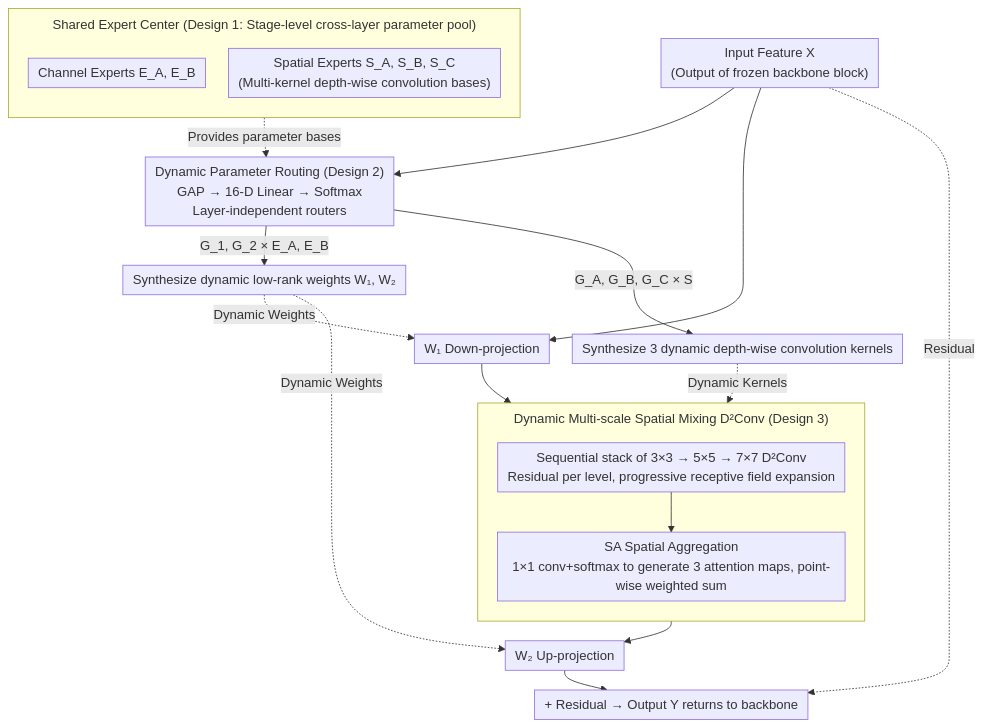
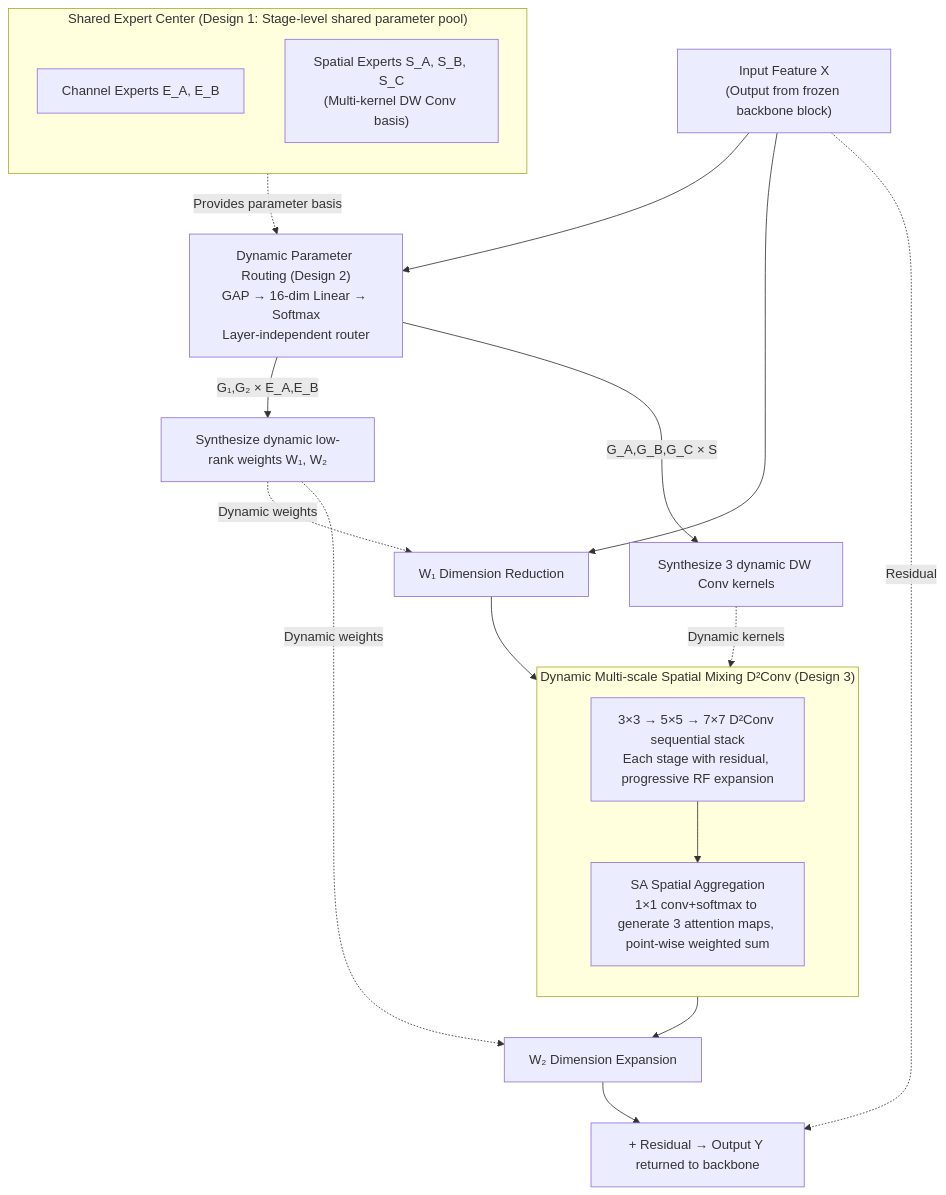
One commit to zhaoyang97/Paper-Notes-en changed the diagram in docs/ICML2026/model_compression/parameters_as_experts_adapting_vision_models_with_dynamic_parameter_routing.md. Above: the diagram before and after it, drawn with Mermaid. The commit also changed other lines of this file and 5084 other files, not shown here.

````diff
--- a/docs/ICML2026/model_compression/parameters_as_experts_adapting_vision_models_with_dynamic_parameter_routing.md
+++ b/docs/ICML2026/model_compression/parameters_as_experts_adapting_vision_models_with_dynamic_parameter_routing.md
@@ -48,35 +48,34 @@
 ```mermaid
-%%{init: {'flowchart': {'rankSpacing': 24, 'nodeSpacing': 28, 'padding': 6, 'wrappingWidth': 400, 'subGraphTitleMargin': {'top': 8, 'bottom': 16}}}}%%
-flowchart TD
-    X["Input Feature X<br/>(Output of frozen backbone block)"]
-    subgraph EC["Shared Expert Center (Design 1: Stage-level cross-layer parameter pool)"]
+graph TD
+    X["Input Feature X<br/>(Output from frozen backbone block)"]
+    subgraph EC["Shared Expert Center (Design 1: Stage-level shared parameter pool)"]
         direction TB
         E["Channel Experts E_A, E_B"]
-        S["Spatial Experts S_A, S_B, S_C<br/>(Multi-kernel depth-wise convolution bases)"]
+        S["Spatial Experts S_A, S_B, S_C<br/>(Multi-kernel DW Conv basis)"]
     end
-    R["Dynamic Parameter Routing (Design 2)<br/>GAP → 16-D Linear → Softmax<br/>Layer-independent routers"]
+    R["Dynamic Parameter Routing (Design 2)<br/>GAP → 16-dim Linear → Softmax<br/>Layer-independent router"]
     W["Synthesize dynamic low-rank weights W₁, W₂"]
-    K["Synthesize 3 dynamic depth-wise convolution kernels"]
-    DOWN["W₁ Down-projection"]
+    K["Synthesize 3 dynamic DW Conv kernels"]
+    DOWN["W₁ Dimension Reduction"]
     subgraph SP["Dynamic Multi-scale Spatial Mixing D²Conv (Design 3)"]
         direction TB
-        C["Sequential stack of 3×3 → 5×5 → 7×7 D²Conv<br/>Residual per level, progressive receptive field expansion"]
+        C["3×3 → 5×5 → 7×7 D²Conv sequential stack<br/>Each stage with residual, progressive RF expansion"]
         SA["SA Spatial Aggregation<br/>1×1 conv+softmax to generate 3 attention maps, point-wise weighted sum"]
         C --> SA
     end
-    UP["W₂ Up-projection"]
-    Y["+ Residual → Output Y returns to backbone"]
+    UP["W₂ Dimension Expansion"]
+    Y["+ Residual → Output Y returned to backbone"]
 
     X --> R
-    EC -.Provides parameter bases.-> R
-    R -->|"G_1, G_2 × E_A, E_B"| W
-    R -->|"G_A, G_B, G_C × S"| K
+    EC -.Provides parameter basis.-> R
+    R -->|"G₁,G₂ × E_A,E_B"| W
+    R -->|"G_A,G_B,G_C × S"| K
     X --> DOWN
-    W -.Dynamic Weights.-> DOWN
+    W -.Dynamic weights.-> DOWN
     DOWN --> C
-    K -.Dynamic Kernels.-> C
+    K -.Dynamic kernels.-> C
     SA --> UP
-    W -.Dynamic Weights.-> UP
+    W -.Dynamic weights.-> UP
     UP --> Y
     X -.Residual.-> Y
 ```
````
